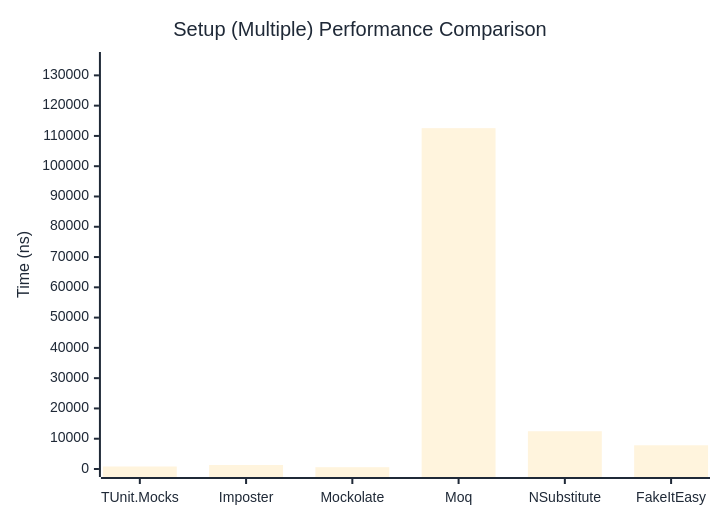
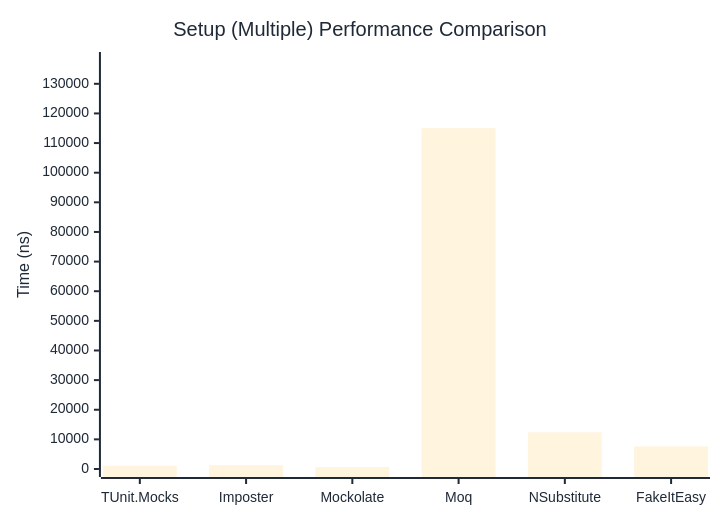
Before and after one commit to thomhurst/TUnit: the second of 2 diagrams in docs/docs/benchmarks/mocks/Setup.md, drawn with Mermaid. The commit also changed other lines of this file and 13 other files, not shown here.

````diff
--- a/docs/docs/benchmarks/mocks/Setup.md
+++ b/docs/docs/benchmarks/mocks/Setup.md
@@ -69,27 +69,27 @@
 ```mermaid
 %%{init: {
   'theme':'base',
   'themeVariables': {
     'primaryColor': '#2563eb',
     'primaryTextColor': '#1f2937',
     'primaryBorderColor': '#1e40af',
     'lineColor': '#6b7280',
     'secondaryColor': '#7c3aed',
     'tertiaryColor': '#dc2626',
     'background': '#ffffff',
     'pie1': '#2563eb',
     'pie2': '#7c3aed',
     'pie3': '#dc2626',
     'pie4': '#f59e0b',
     'pie5': '#10b981',
     'pie6': '#06b6d4',
     'pie7': '#ec4899',
     'pie8': '#6366f1'
   }
 }}%%
 xychart-beta
   title "Setup (Multiple) Performance Comparison"
   x-axis ["TUnit.Mocks", "Imposter", "Mockolate", "Moq", "NSubstitute", "FakeItEasy"]
-  y-axis "Time (ns)" 0 --> 135075
-  bar [828.7, 1324.3, 602.4, 112561.8, 12472.1, 7836.2]
+  y-axis "Time (ns)" 0 --> 138032
+  bar [1112.4, 1314, 674.2, 115026.1, 12355, 7623.2]
 ```
````
